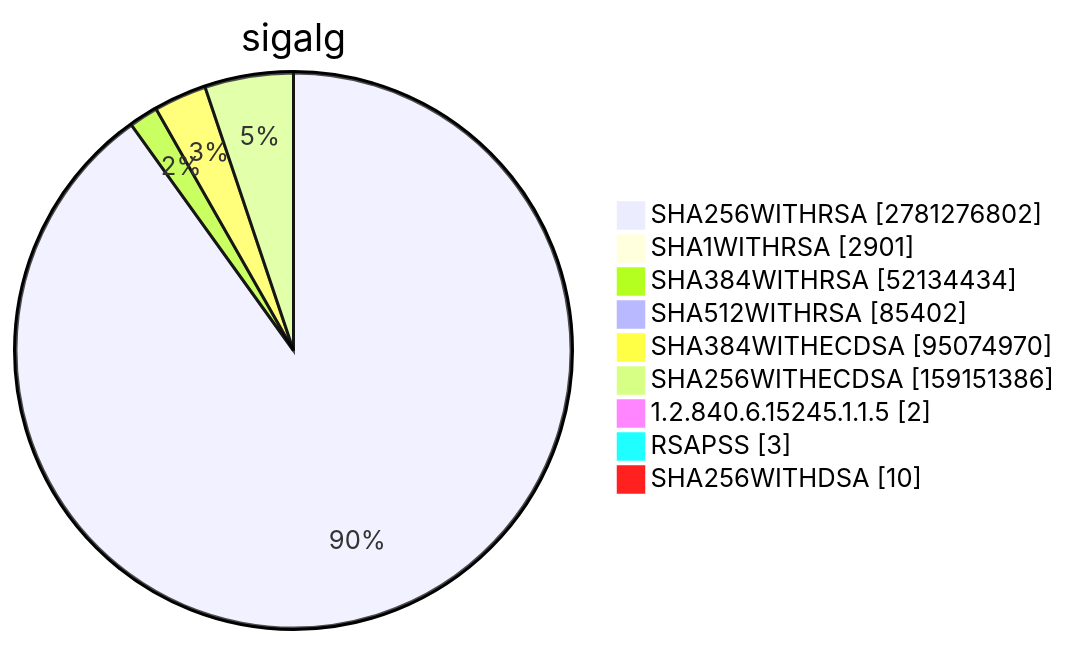
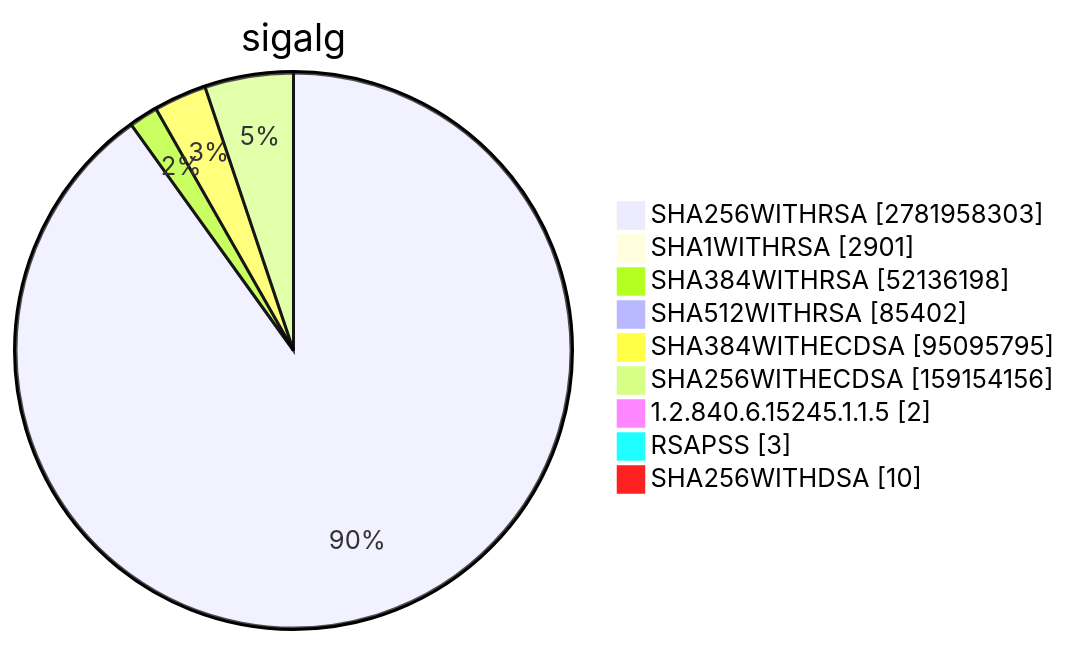
Diagram 15 of 15 in TOTAL/README.md (christiankrug/ctmonitor_visualization), drawn with Mermaid before and after one commit. The commit also changed other lines of this file, not shown here.

````diff
--- a/TOTAL/README.md
+++ b/TOTAL/README.md
@@ -6205,13 +6205,13 @@
 ```mermaid
 pie showData
 title sigalg
-"SHA256WITHRSA" :2781276802
+"SHA256WITHRSA" :2781958303
 "SHA1WITHRSA" :2901
-"SHA384WITHRSA" :52134434
+"SHA384WITHRSA" :52136198
 "SHA512WITHRSA" :85402
-"SHA384WITHECDSA" :95074970
-"SHA256WITHECDSA" :159151386
+"SHA384WITHECDSA" :95095795
+"SHA256WITHECDSA" :159154156
 "1.2.840.6.15245.1.1.5" :2
 "RSAPSS" :3
 "SHA256WITHDSA" :10
 ```
````
